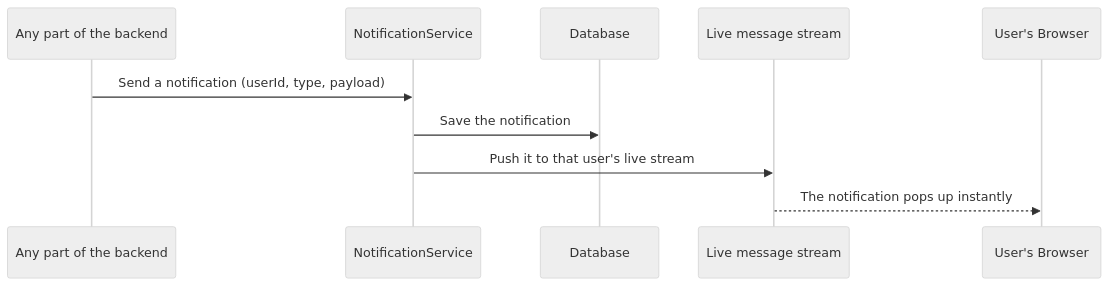
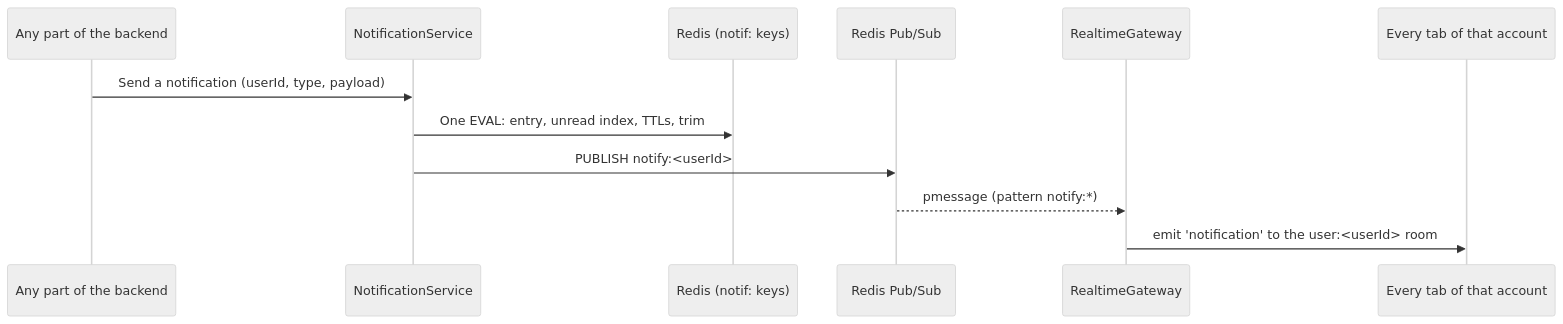
One commit to IrmaJoKerr/ft_transcendence-ludo changed the diagram in docs/backend/backend-notification-module.md. Above: the diagram before and after it, drawn with Mermaid (neutral theme). The commit also changed other lines of this file and 32 other files, not shown here.

````diff
--- a/docs/backend/backend-notification-module.md
+++ b/docs/backend/backend-notification-module.md
@@ -188,12 +217,15 @@
 ```mermaid
 sequenceDiagram
     participant App as Any part of the backend
     participant Notify as NotificationService
-    participant DB as Database
-    participant Stream as Live message stream
+    participant Store as Redis (notif: keys)
+    participant Bus as Redis Pub/Sub
+    participant GW as RealtimeGateway
+    participant Tab as Every tab of that account
 
     App->>Notify: Send a notification (userId, type, payload)
-    Notify->>DB: Save the notification
-    Notify->>Stream: Push it to that user's live stream
-    Stream-->>User's Browser: The notification pops up instantly
+    Notify->>Store: One EVAL: entry, unread index, TTLs, trim
+    Notify->>Bus: PUBLISH notify:<userId>
+    Bus-->>GW: pmessage (pattern notify:*)
+    GW->>Tab: emit 'notification' to the user:<userId> room
 ```
````
